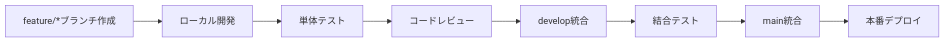
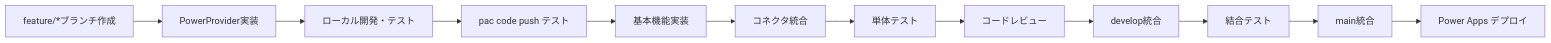
One commit to PLUG365/DecisionFlow changed the second of 3 diagrams in README.md. Above: the diagram before and after it, drawn with Mermaid. The commit also changed other lines of this file, not shown here.

````diff
--- a/README.md
+++ b/README.md
@@ -186,10 +619,14 @@
 ```mermaid
 graph LR
-    A[feature/*ブランチ作成] --> B[ローカル開発]
-    B --> C[単体テスト]
-    C --> D[コードレビュー]
-    D --> E[develop統合]
-    E --> F[結合テスト]
-    F --> G[main統合]
-    G --> H[本番デプロイ]
+    A[feature/*ブランチ作成] --> B[PowerProvider実装]
+    B --> C[ローカル開発・テスト]
+    C --> D[pac code push テスト]
+    D --> E[基本機能実装]
+    E --> F[コネクタ統合]
+    F --> G[単体テスト]
+    G --> H[コードレビュー]
+    H --> I[develop統合]
+    I --> J[結合テスト]
+    J --> K[main統合]
+    K --> L[Power Apps デプロイ]
 ```
````
